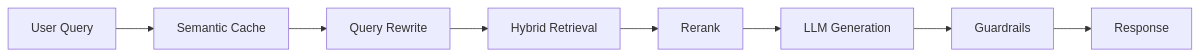
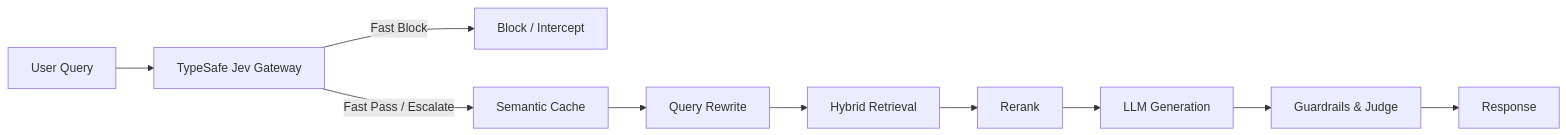
The diagram in README.md (Hao610/AI-Model-Atlas), drawn with Mermaid before and after one commit. The commit also changed other lines of this file and 5 other files, not shown here.

Commit message:
docs: update root and rag-app READMEs with TypeSafe Jev architecture and quickstart step

````diff
--- a/README.md
+++ b/README.md
@@ -77,10 +77,12 @@
 ```mermaid
 graph LR
-    A[User Query] --> B[Semantic Cache]
+    A[User Query] --> Jev[TypeSafe Jev Gateway]
+    Jev -->|Fast Block| Block[Block / Intercept]
+    Jev -->|Fast Pass / Escalate| B[Semantic Cache]
     B --> C[Query Rewrite]
     C --> D[Hybrid Retrieval]
     D --> E[Rerank]
     E --> F[LLM Generation]
-    F --> G[Guardrails]
+    F --> G[Guardrails & Judge]
     G --> H[Response]
 ```
````
